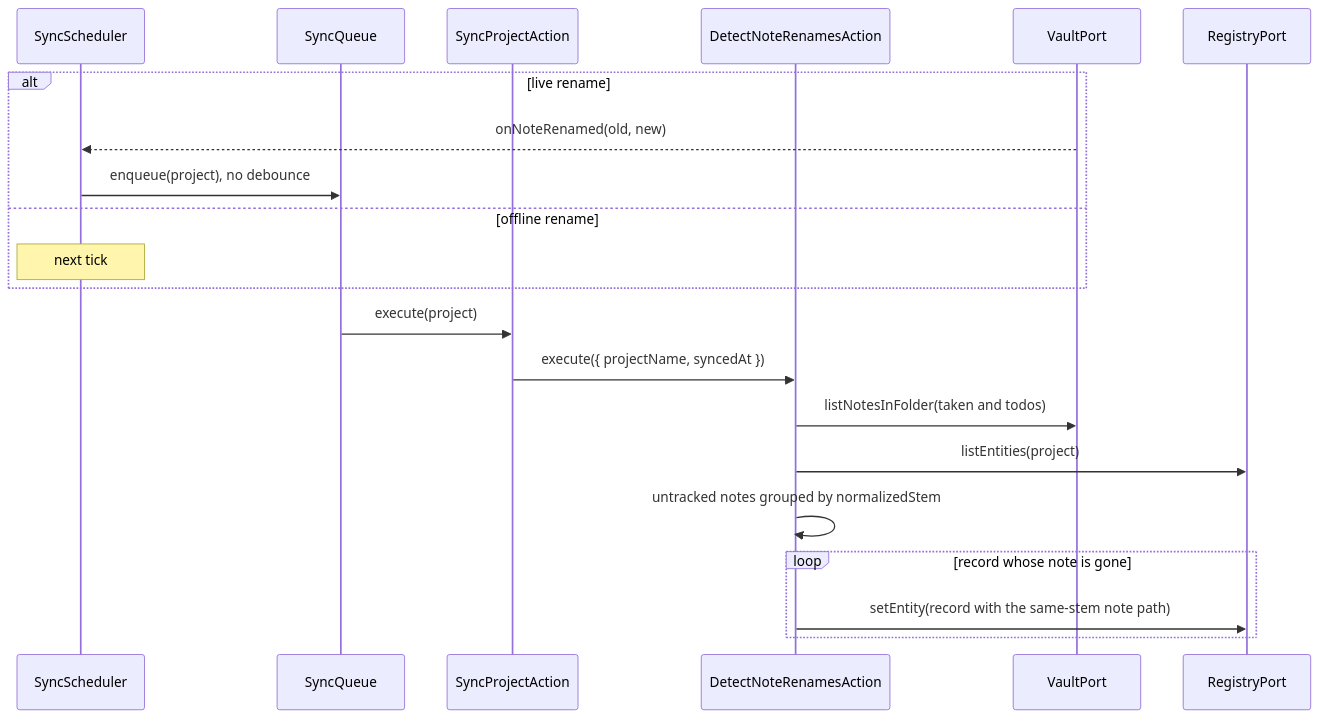
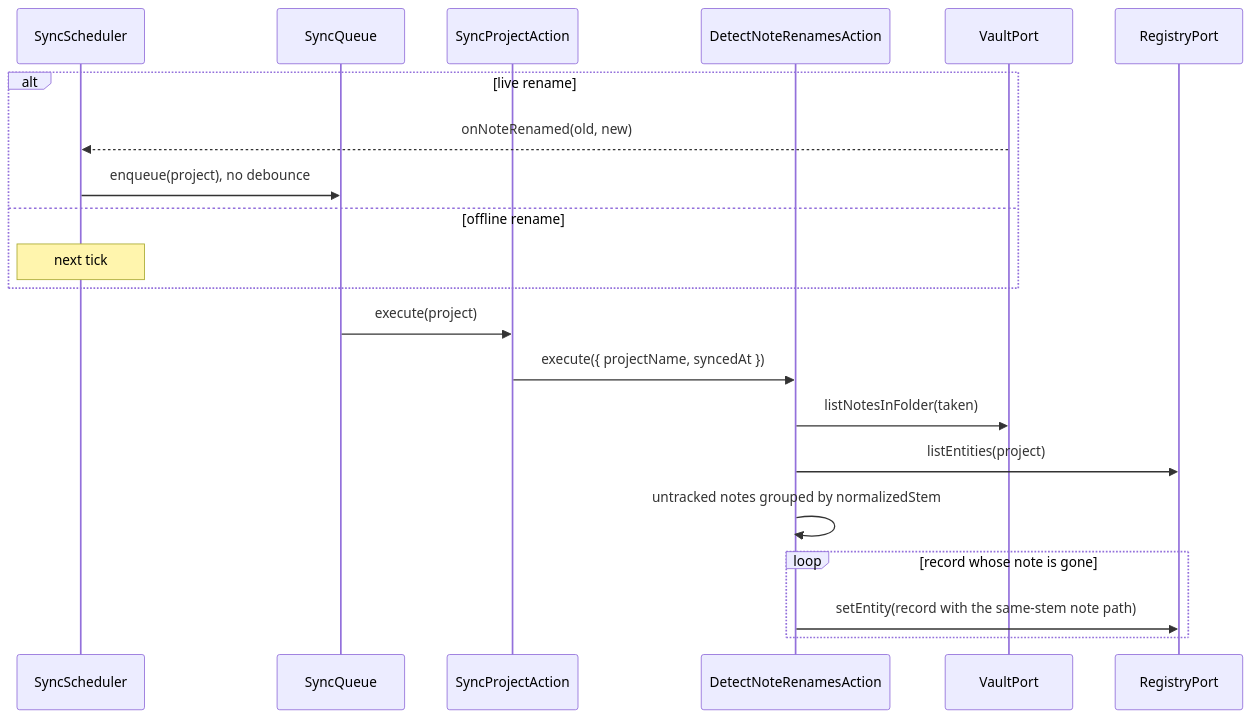
Diagram 16 of 17 in docs/developer-manual.md (99linesofcode/obsidian-project-management), drawn with Mermaid before and after one commit. The commit also changed other lines of this file and 2 other files, not shown here.

First line of the commit message:
docs(todo): the ToDo lives under taken/

````diff
--- a/docs/developer-manual.md
+++ b/docs/developer-manual.md
@@ -698,24 +699,24 @@
 ```mermaid
 sequenceDiagram
   participant Sched as SyncScheduler
   participant Q as SyncQueue
   participant SP as SyncProjectAction
   participant Ren as DetectNoteRenamesAction
   participant V as VaultPort
   participant SS as RegistryPort
 
   alt live rename
     V-->>Sched: onNoteRenamed(old, new)
     Sched->>Q: enqueue(project), no debounce
   else offline rename
     Note over Sched: next tick
   end
   Q->>SP: execute(project)
   SP->>Ren: execute({ projectName, syncedAt })
-  Ren->>V: listNotesInFolder(taken and todos)
+  Ren->>V: listNotesInFolder(taken)
   Ren->>SS: listEntities(project)
   Ren->>Ren: untracked notes grouped by normalizedStem
   loop record whose note is gone
     Ren->>SS: setEntity(record with the same-stem note path)
   end
 ```
````
